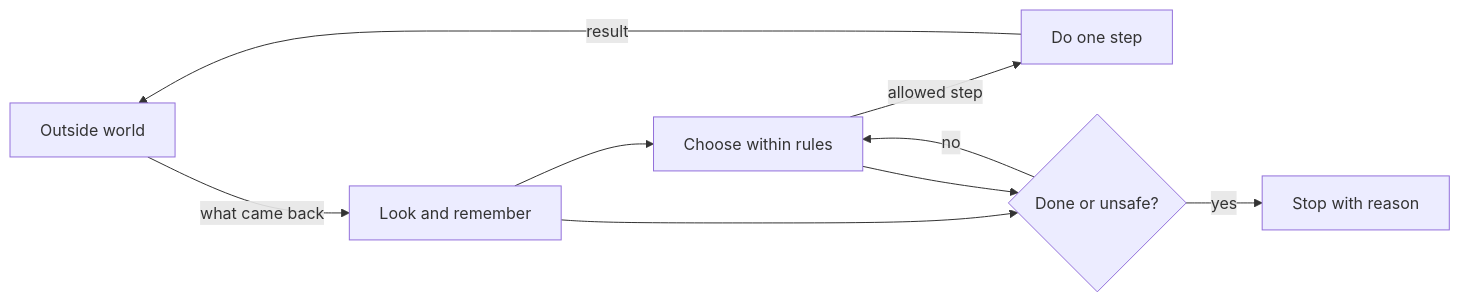
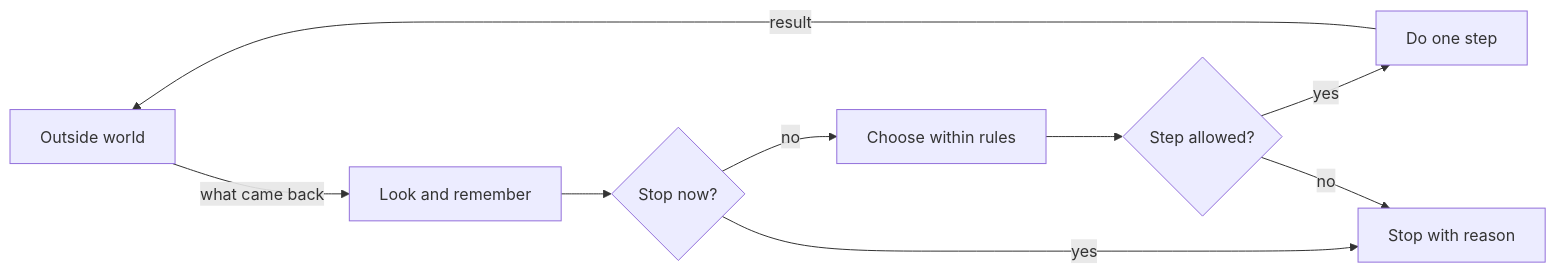
One commit to VikrantSingh01/Agentic_System_Design changed the first of 2 diagrams in modules/01-from-zero-to-agents/chapters/02-observe-decide-act-loop.md. Above: the diagram before and after it, drawn with Mermaid. The commit also changed other lines of this file, not shown here.

Commit message:
Improve Module 1 diagram accessibility

````diff
--- a/modules/01-from-zero-to-agents/chapters/02-observe-decide-act-loop.md
+++ b/modules/01-from-zero-to-agents/chapters/02-observe-decide-act-loop.md
@@ -77,11 +77,11 @@
 ```mermaid
 flowchart LR
     E[Outside world] -->|what came back| O[Look and remember]
-    O --> D[Choose within rules]
-    D -->|allowed step| A[Do one step]
+    O --> S{Stop now?}
+    S -->|no| D[Choose within rules]
+    D --> C{Step allowed?}
+    C -->|yes| A[Do one step]
     A -->|result| E
-    O --> S{Done or unsafe?}
-    D --> S
     S -->|yes| X[Stop with reason]
-    S -->|no| D
+    C -->|no| X
 ```
````
